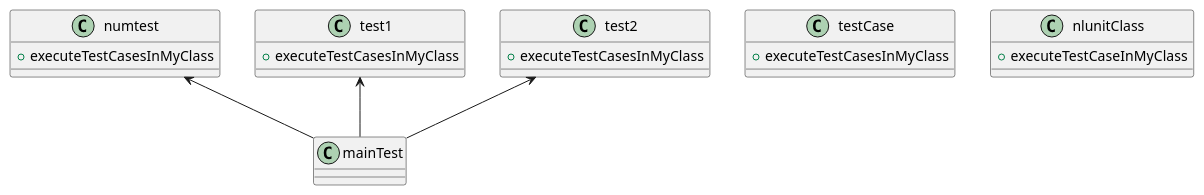
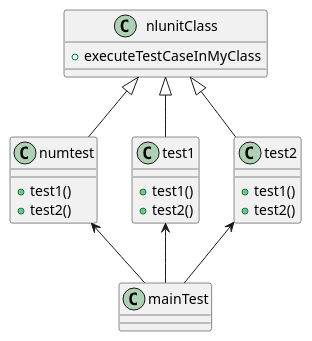
One commit to terapotan/NLUnit changed the diagram in DoingList.md. Above: the diagram before and after it, drawn with PlantUML. The commit also changed other lines of this file and 10 other files, not shown here.

Commit message:
executeTestCasesInMyClassの重複排除

````diff
--- a/DoingList.md
+++ b/DoingList.md
@@ -24,25 +24,29 @@
 ```plantuml
 class mainTest{
+}
+class numtest{
+    + test1()
+    + test2()
+}
+class test1{
+    + test1()
+    + test2()
 
 }
-class numtest{
-    + executeTestCasesInMyClass
-}
-class test1{
-    + executeTestCasesInMyClass
-}
 class test2{
-    + executeTestCasesInMyClass
-}
+    + test1()
+    + test2()
 
-class testCase{
-    + executeTestCasesInMyClass
 }
 
 class nlunitClass{
     + executeTestCaseInMyClass
 }
 numtest <-- mainTest
 test1 <-- mainTest
 test2 <-- mainTest
+nlunitClass <|-- numtest
+nlunitClass <|-- test1
+nlunitClass <|-- test2
+
 ```
````
